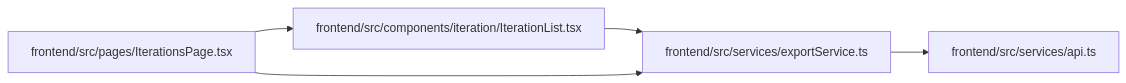
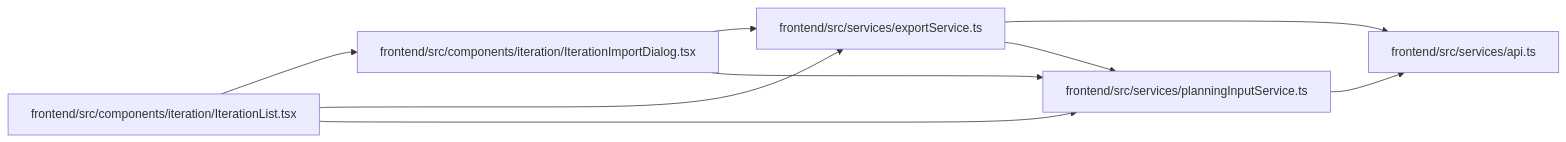
One commit to Denissvgn/WorkChord changed the diagram in docs/llm_wiki/modules/exportService.md. Above: the diagram before and after it, drawn with Mermaid. The commit also changed other lines of this file and 10148 other files, not shown here.

````diff
--- a/docs/llm_wiki/modules/exportService.md
+++ b/docs/llm_wiki/modules/exportService.md
@@ -25,15 +26,21 @@
 ```mermaid
 flowchart LR
-    n0["frontend/src/components/iteration/IterationList.tsx"]
-    n1["frontend/src/pages/IterationsPage.tsx"]
+    n0["frontend/src/components/iteration/IterationImportDialog.tsx"]
+    n1["frontend/src/components/iteration/IterationList.tsx"]
     n2["frontend/src/services/api.ts"]
     n3["frontend/src/services/exportService.ts"]
+    n4["frontend/src/services/planningInputService.ts"]
     n0 --> n3
+    n0 --> n4
     n1 --> n0
     n1 --> n3
+    n1 --> n4
     n3 --> n2
-    click n0 "../modules/IterationList.md"
-    click n1 "../modules/IterationsPage.md"
+    n3 --> n4
+    n4 --> n2
+    click n0 "../modules/IterationImportDialog.md"
+    click n1 "../modules/IterationList.md"
     click n2 "../modules/api.md"
     click n3 "../modules/exportService.md"
+    click n4 "../modules/planningInputService.md"
 ```
````
